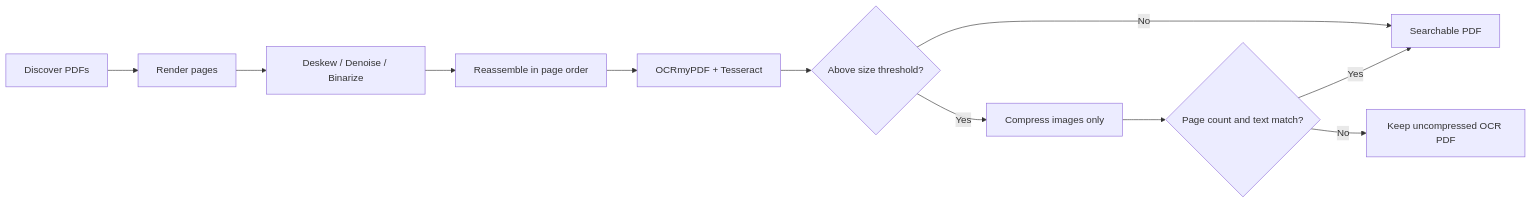
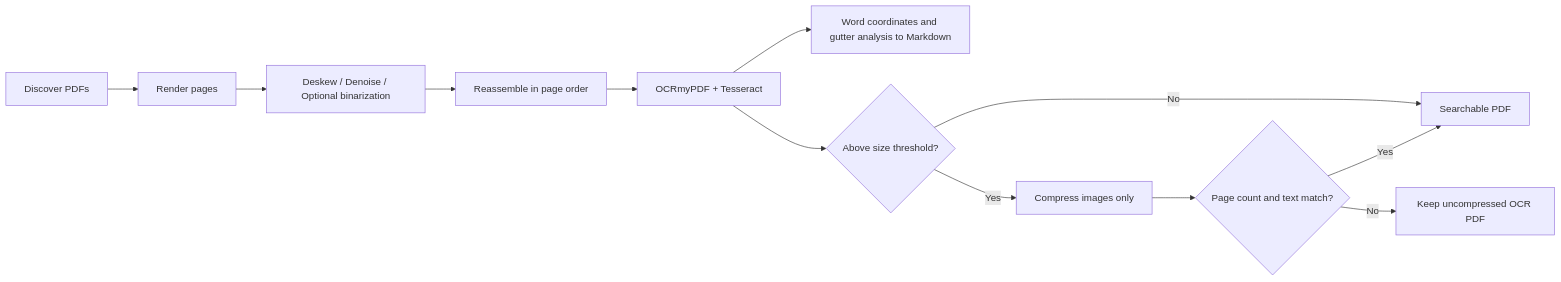
The diagram in README.md (ZhangWT02/PDF-batch-OCR), drawn with Mermaid before and after one commit. The commit also changed other lines of this file and 4 other files, not shown here.

````diff
--- a/README.md
+++ b/README.md
@@ -28,13 +30,14 @@
 ```mermaid
 flowchart LR
     A[Discover PDFs] --> B[Render pages]
-    B --> C[Deskew / Denoise / Binarize]
+    B --> C[Deskew / Denoise / Optional binarization]
     C --> D[Reassemble in page order]
     D --> E[OCRmyPDF + Tesseract]
+    E --> M[Word coordinates and gutter analysis to Markdown]
     E --> F{Above size threshold?}
     F -- No --> G[Searchable PDF]
     F -- Yes --> H[Compress images only]
     H --> I{Page count and text match?}
     I -- Yes --> G
     I -- No --> J[Keep uncompressed OCR PDF]
 ```
````
